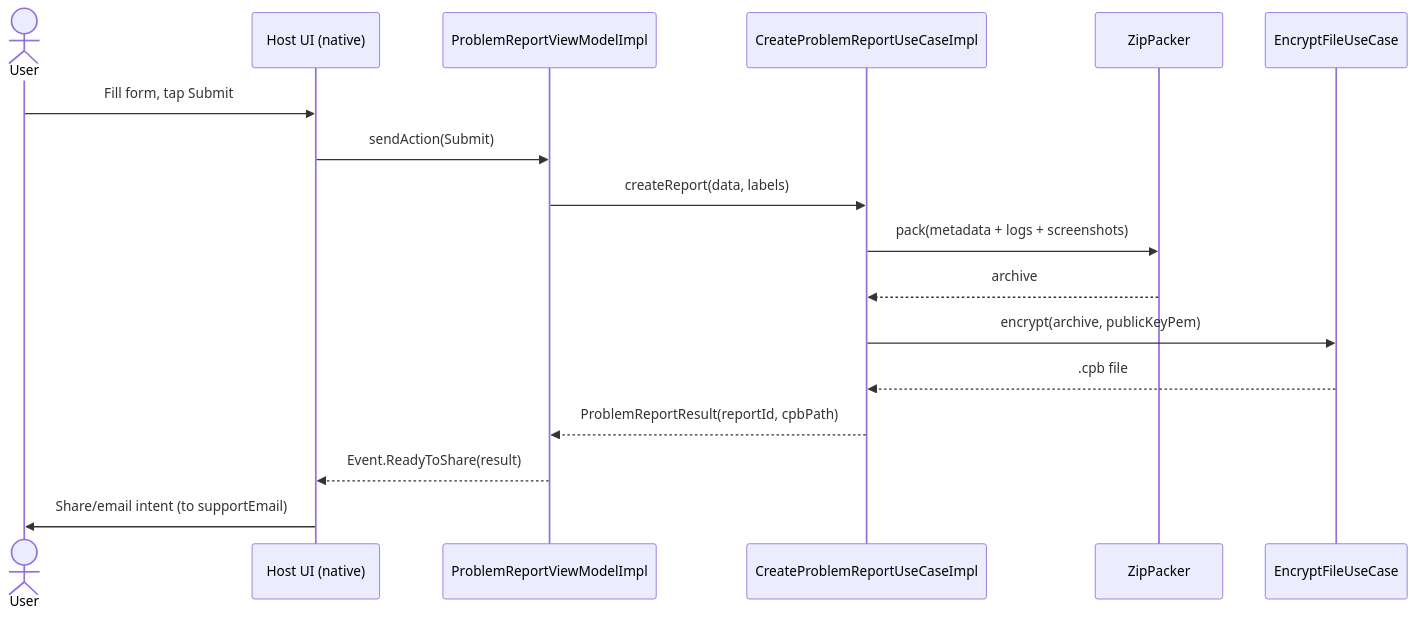
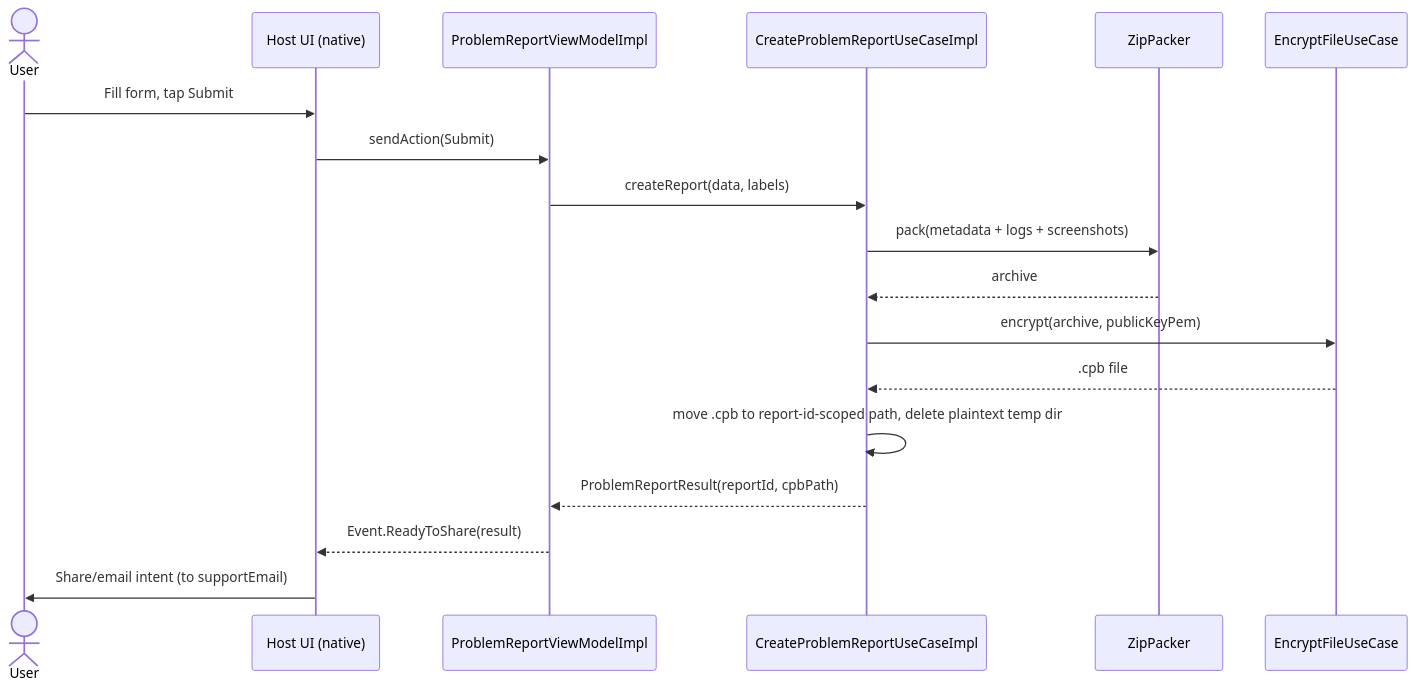
One commit to rusmonster/gears-mobile changed the diagram in docs/sdlc/DESIGN/DESIGN.md. Above: the diagram before and after it, drawn with Mermaid. The commit also changed other lines of this file and 33 other files, not shown here.

````diff
--- a/docs/sdlc/DESIGN/DESIGN.md
+++ b/docs/sdlc/DESIGN/DESIGN.md
@@ -284,19 +291,20 @@
 ```mermaid
 sequenceDiagram
     actor User
     participant UI as Host UI (native)
     participant VM as ProblemReportViewModelImpl
     participant UC as CreateProblemReportUseCaseImpl
     participant Zip as ZipPacker
     participant Enc as EncryptFileUseCase
     User->>UI: Fill form, tap Submit
     UI->>VM: sendAction(Submit)
     VM->>UC: createReport(data, labels)
     UC->>Zip: pack(metadata + logs + screenshots)
     Zip-->>UC: archive
     UC->>Enc: encrypt(archive, publicKeyPem)
     Enc-->>UC: .cpb file
+    UC->>UC: move .cpb to report-id-scoped path, delete plaintext temp dir
     UC-->>VM: ProblemReportResult(reportId, cpbPath)
     VM-->>UI: Event.ReadyToShare(result)
     UI->>User: Share/email intent (to supportEmail)
 ```
````
